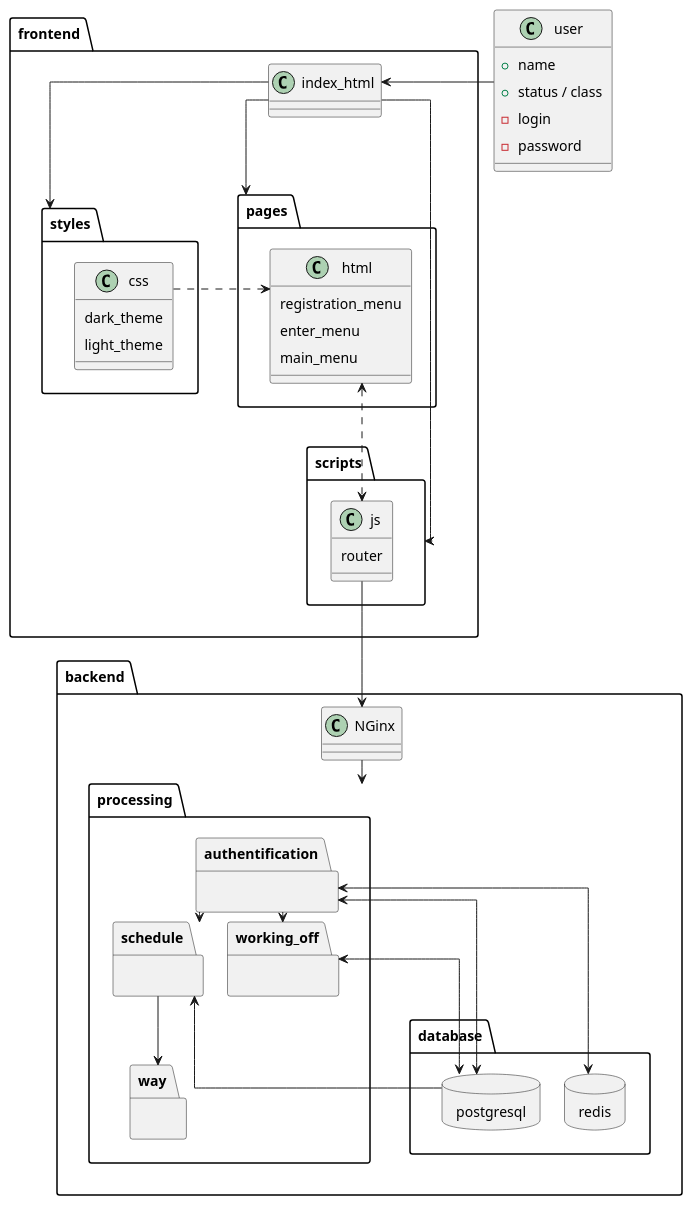
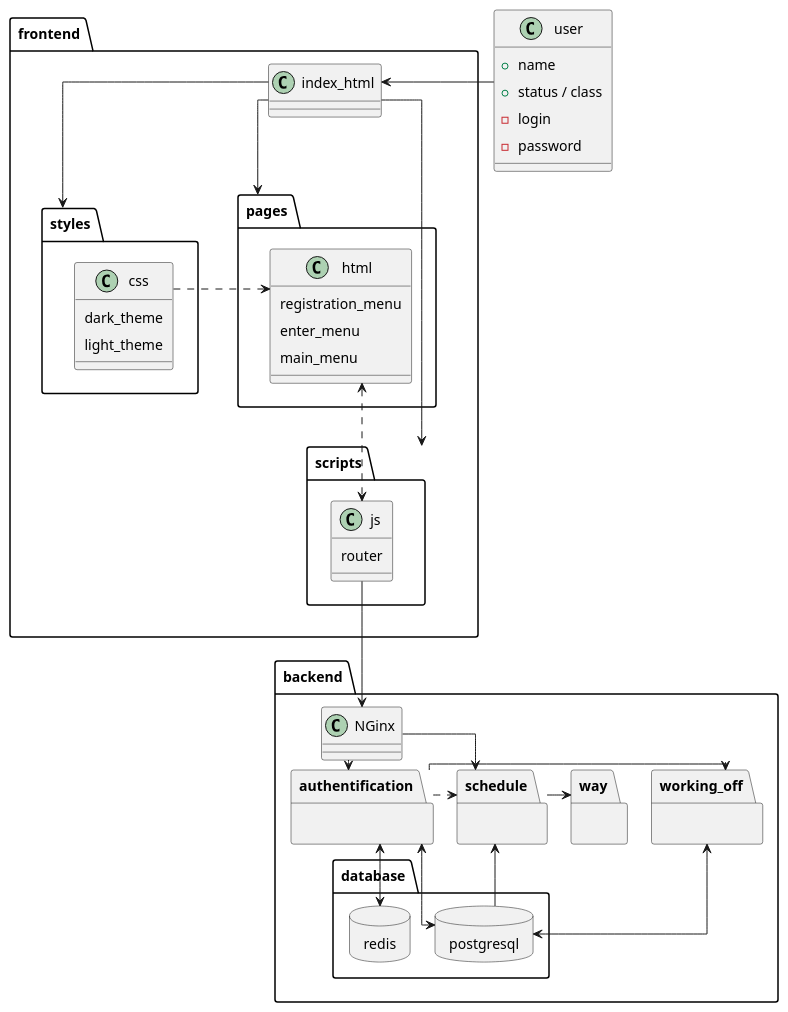
One commit to SkotnikovViktor/NNGASU_Services_Project changed the diagram in scheme.puml. Above: the diagram before and after it, drawn with PlantUML.

```diff
--- a/scheme.puml
+++ b/scheme.puml
@@ -1,91 +1,96 @@
 @startuml
 skinparam linetype ortho
 allowmixing
 
 skinparam nodesep 24
 skinparam ranksep 10
 skinparam padding 4
 
 class user {
 + name
 + status / class
 - login
 - password
 }
 
 ' === BACKEND ===
 package backend <<Folder>> {
   class NGinx {}
 
-  package processing {
-    package authentification {}
-    package way {}
-    package schedule {}
-    package working_off {}
-  }
+  package authentification {}
+  package way {}
+  package schedule {}
+  package working_off {}
 
   package database {
     database postgresql {
     }
 
     database redis {
     }
   }
 }
 
 ' === FRONTEND ===
 package frontend <<Folder>> {
  package pages {
   class html {
     registration_menu
     enter_menu
     main_menu
   }
  }
 
  package styles {
   class css {
     dark_theme
     light_theme
   }
  }
 
  package scripts {
   class js {
     router
   }
  }
 
  class index_html {}
 }
 
 ' === DEPENDENCIES ===
 user -left--> index_html
 
 index_html --> pages
 index_html --> styles
 index_html --> scripts
 
 css -right..> html
 html <..> js
 
 js --> NGinx
 
-NGinx --> processing
+NGinx --> authentification
+NGinx --> schedule
 
 schedule <-- postgresql
 working_off <--> postgresql
 authentification <--> postgresql
 authentification <--> redis
 
 authentification --> working_off
 authentification ..> schedule
 schedule --> way
 
 ' === HIDDEN ===
-redis -[hidden]left- postgresql
-processing -[hidden]down- database
+redis -[hidden]right- postgresql
+
 pages -[hidden]left- styles
+
+NGinx -[hidden]- authentification
+
+working_off -[hidden]right- authentification
+authentification -[hidden]right- schedule
+schedule -[hidden]right- way
 
 ' === NOTES ===
 @enduml
```
